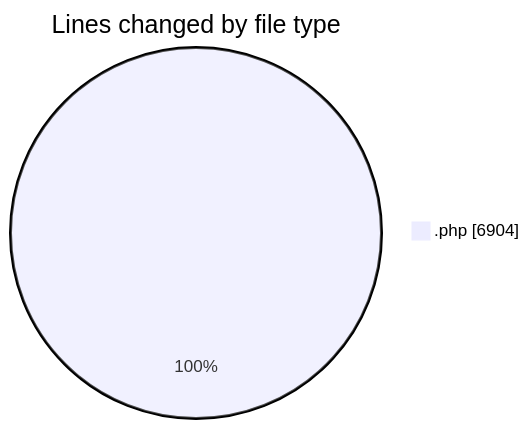
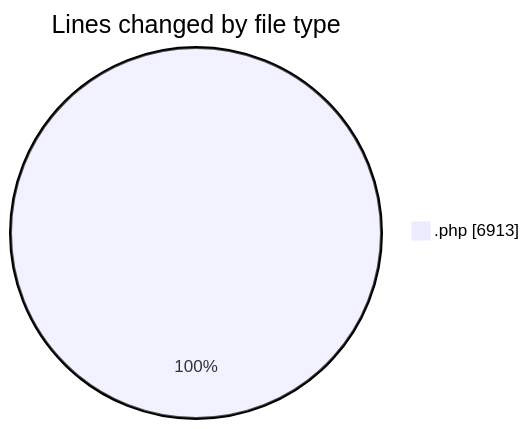
One commit to debugP/code-tracking changed the first of 2 diagrams in 2025-10-03/untitled__workspace_/README.md. Above: the diagram before and after it, drawn with Mermaid. The commit also changed other lines of this file and 1 other file, not shown here.

````diff
--- a/2025-10-03/untitled__workspace_/README.md
+++ b/2025-10-03/untitled__workspace_/README.md
@@ -23,5 +23,5 @@
 ```mermaid
 pie showData
 title Lines changed by file type
-".php" : 6904
+".php" : 6913
 ```
````
